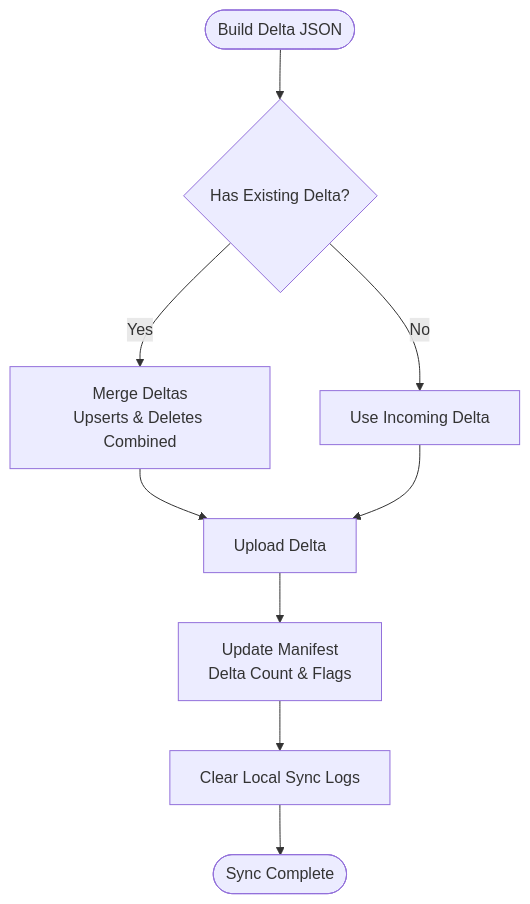
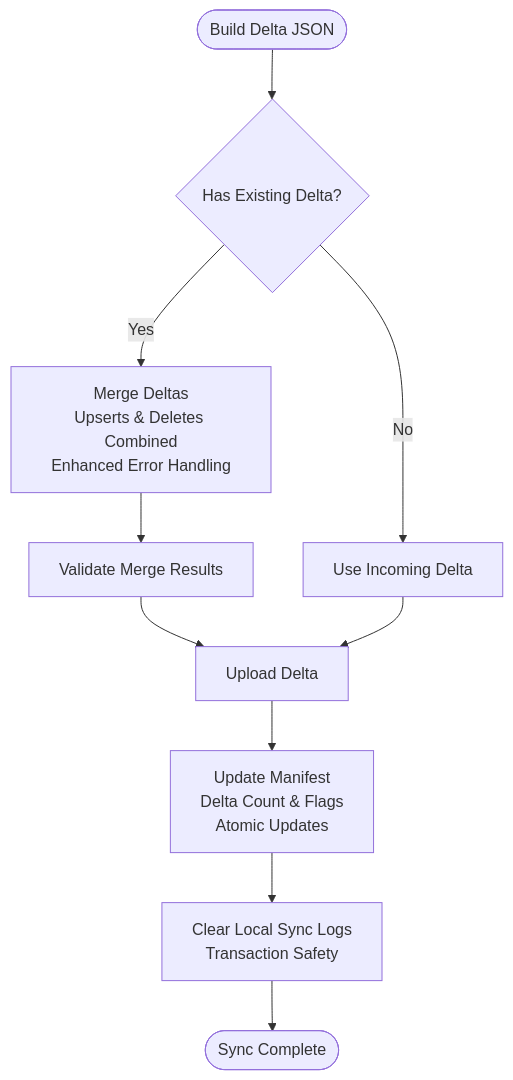
Before and after one commit to favoroo/QNote: the ninth of 10 diagrams in .qoder/repowiki/en/content/Core Features/Cloud Synchronization.md, drawn with Mermaid. The commit also changed other lines of this file and 65 other files, not shown here.

First line of the commit message:
docs: 新增项目文档与配置文件，修复AI提取与热力图问题

````diff
--- a/.qoder/repowiki/en/content/Core Features/Cloud Synchronization.md
+++ b/.qoder/repowiki/en/content/Core Features/Cloud Synchronization.md
@@ -306,11 +407,12 @@
 ```mermaid
 flowchart TD
 Start(["Build Delta JSON"]) --> HasExisting{"Has Existing Delta?"}
-HasExisting --> |Yes| Merge["Merge Deltas<br/>Upserts & Deletes Combined"]
+HasExisting --> |Yes| Merge["Merge Deltas<br/>Upserts & Deletes Combined<br/>Enhanced Error Handling"]
 HasExisting --> |No| UseIncoming["Use Incoming Delta"]
-Merge --> Upload["Upload Delta"]
+Merge --> Validate["Validate Merge Results"]
+Validate --> Upload["Upload Delta"]
 UseIncoming --> Upload
-Upload --> UpdateManifest["Update Manifest<br/>Delta Count & Flags"]
-UpdateManifest --> ClearLogs["Clear Local Sync Logs"]
+Upload --> UpdateManifest["Update Manifest<br/>Delta Count & Flags<br/>Atomic Updates"]
+UpdateManifest --> ClearLogs["Clear Local Sync Logs<br/>Transaction Safety"]
 ClearLogs --> End(["Sync Complete"])
 ```
````
